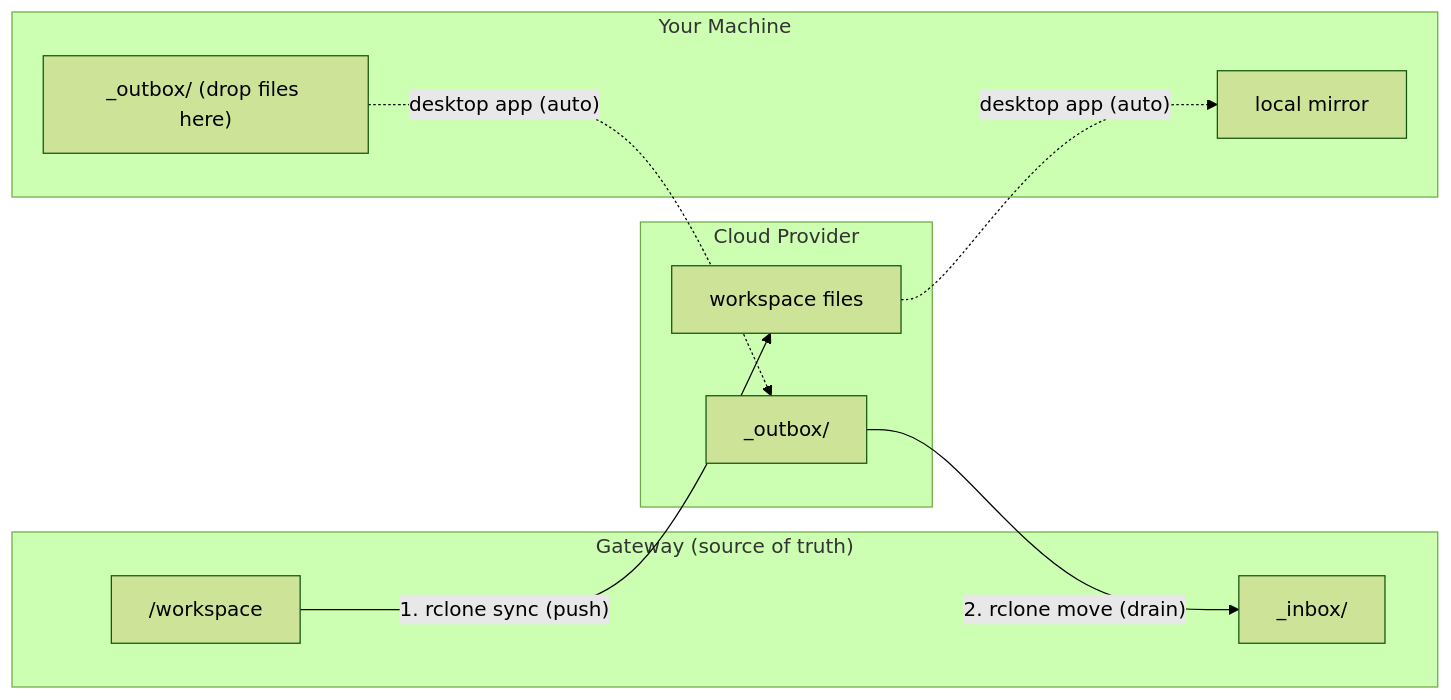
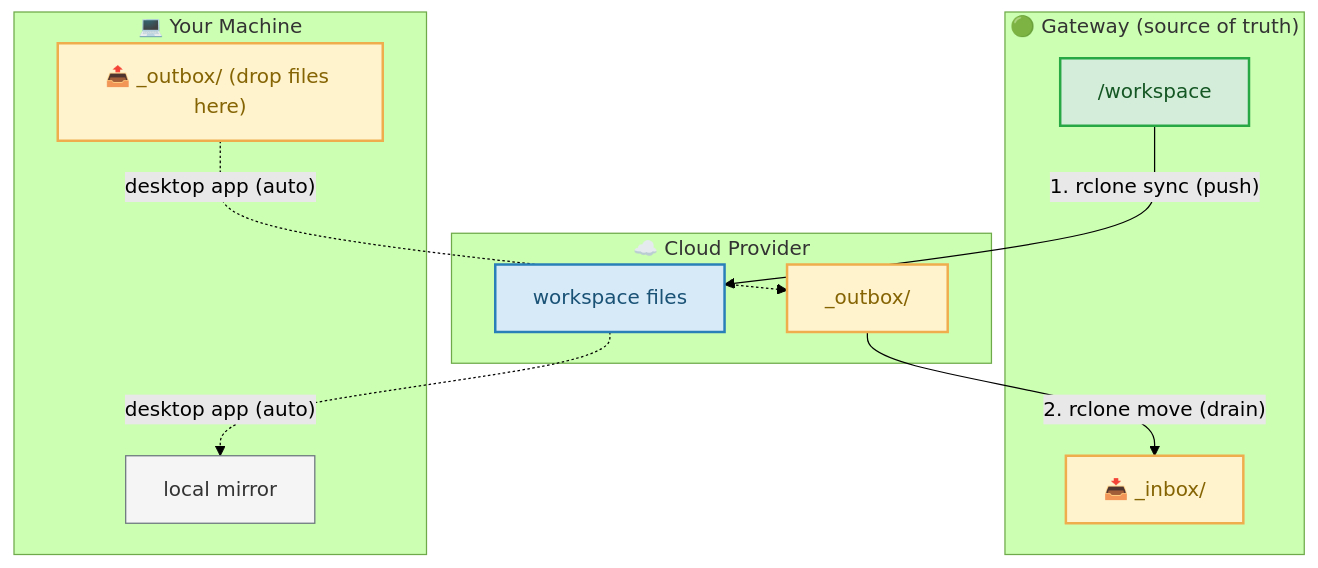
Before and after one commit to ashbrener/openclaw-workspace-sync: the first of 3 diagrams in README.md, drawn with Mermaid (forest theme). The commit also changed other lines of this file, not shown here.

Commit message:
style: restyle mermaid diagrams with color hierarchy and TB layout

````diff
--- a/README.md
+++ b/README.md
@@ -44,19 +44,29 @@
 ```mermaid
-flowchart LR
-    subgraph GW["Gateway (source of truth)"]
+flowchart TB
+    subgraph GW["🟢 Gateway (source of truth)"]
         WS["/workspace"]
-        INBOX["_inbox/"]
+        INBOX["📥 _inbox/"]
     end
-    subgraph CLOUD["Cloud Provider"]
+    subgraph CLOUD["☁️ Cloud Provider"]
         CF["workspace files"]
         OUTBOX_C["_outbox/"]
     end
-    subgraph LOCAL["Your Machine"]
+    subgraph LOCAL["💻 Your Machine"]
         LM["local mirror"]
-        OUTBOX_L["_outbox/ (drop files here)"]
+        OUTBOX_L["📤 _outbox/ (drop files here)"]
     end
     WS -- "1. rclone sync (push)" --> CF
     CF -. "desktop app (auto)" .-> LM
     OUTBOX_L -. "desktop app (auto)" .-> OUTBOX_C
     OUTBOX_C -- "2. rclone move (drain)" --> INBOX
+
+    classDef gateway fill:#d4edda,stroke:#28a745,stroke-width:2px,color:#155724
+    classDef cloud fill:#d6eaf8,stroke:#2980b9,stroke-width:2px,color:#1a5276
+    classDef local fill:#f5f5f5,stroke:#6c757d,stroke-width:1px,color:#333
+    classDef exchange fill:#fff3cd,stroke:#f0ad4e,stroke-width:2px,color:#856404
+
+    class WS gateway
+    class CF cloud
+    class LM local
+    class INBOX,OUTBOX_L,OUTBOX_C exchange
 ```
````
